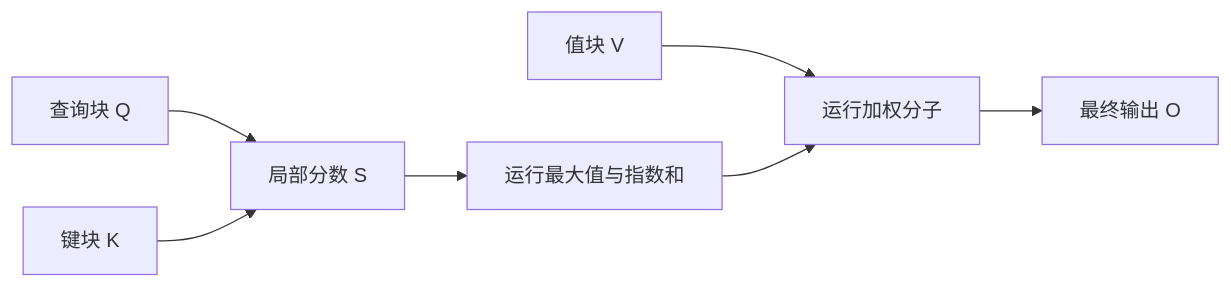
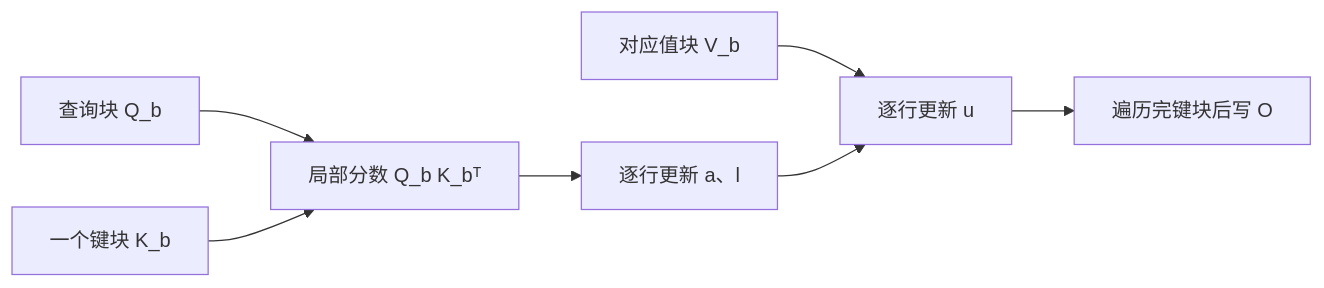
Before and after one commit to cyberspacelee/llms-from-scratch: the diagram in site/src/content/lessons/systems/flash-attention.mdx, drawn with Mermaid. The commit also changed other lines of this file and 140 other files, not shown here.

````diff
--- a/site/src/content/lessons/systems/flash-attention.mdx
+++ b/site/src/content/lessons/systems/flash-attention.mdx
@@ -26,9 +96,9 @@
 ```mermaid
 flowchart LR
-  Q[查询块 Q] --> S[局部分数 S]
-  K[键块 K] --> S
-  S --> R[运行最大值与指数和]
-  V[值块 V] --> U[运行加权分子]
+  Q["查询块 Q_b"] --> S["局部分数 Q_b K_bᵀ"]
+  K["一个键块 K_b"] --> S
+  S --> R["逐行更新 a、l"]
+  V["对应值块 V_b"] --> U["逐行更新 u"]
   R --> U
-  U --> O[最终输出 O]
+  U --> O["遍历完键块后写 O"]
 ```
````
